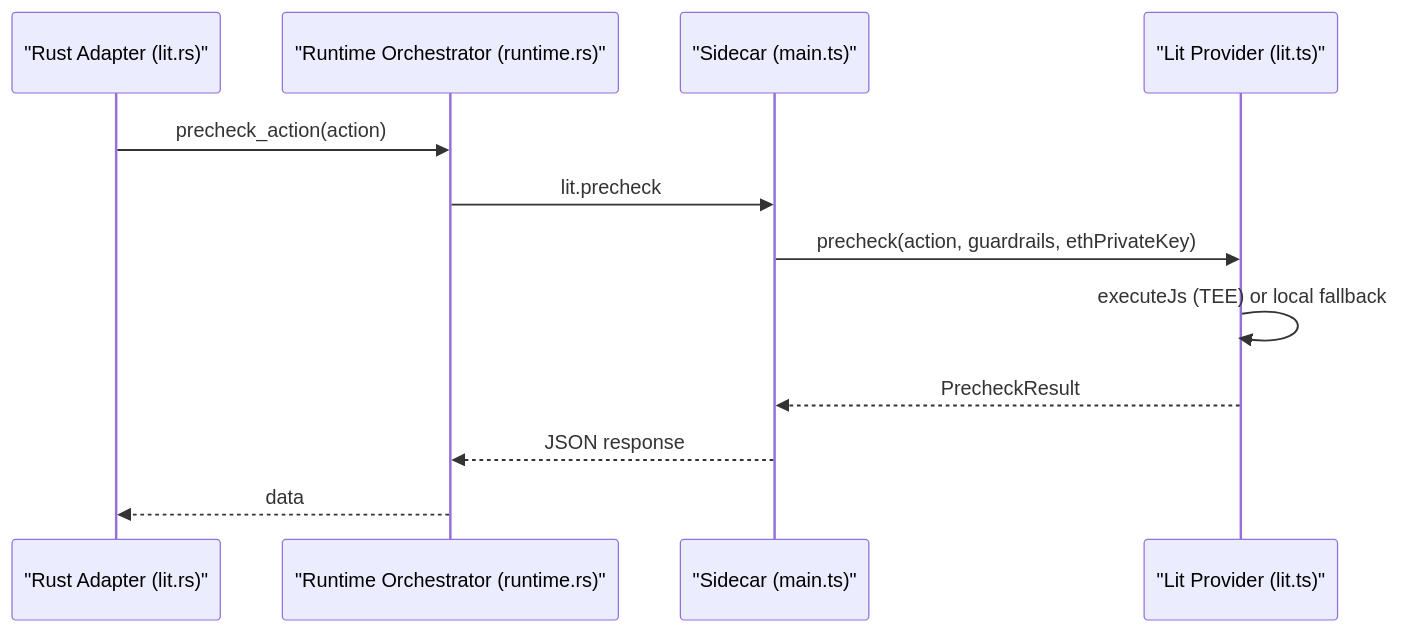
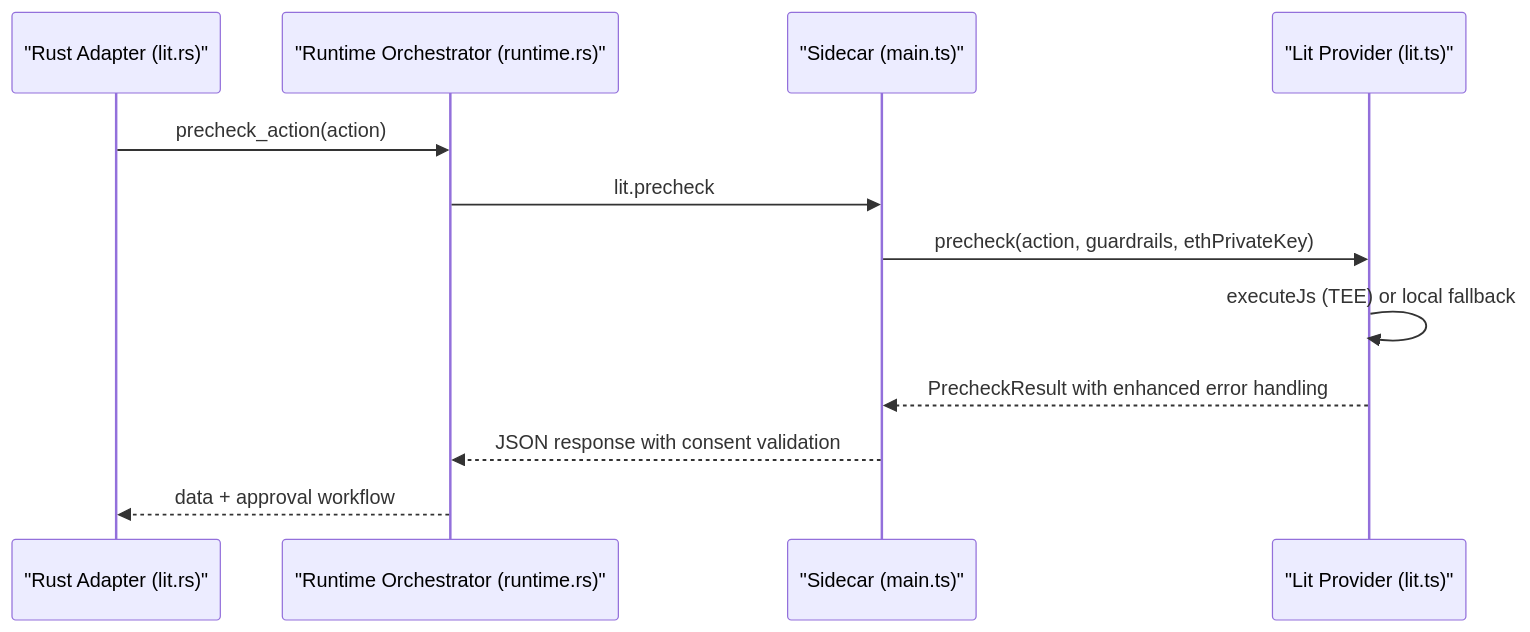
Before and after one commit to sanketnighot/shadow-protocol: the sixth of 10 diagrams in .qoder/repowiki/en/content/Applications & Extensions/Runtime Providers.md, drawn with Mermaid. The commit also changed other lines of this file and 9 other files, not shown here.

First line of the commit message:
feat: Enhance SHADOW Protocol with new Flow and AI services integration

````diff
--- a/.qoder/repowiki/en/content/Applications & Extensions/Runtime Providers.md
+++ b/.qoder/repowiki/en/content/Applications & Extensions/Runtime Providers.md
@@ -247,14 +300,14 @@
 ```mermaid
 sequenceDiagram
 participant RS as "Rust Adapter (lit.rs)"
 participant RT as "Runtime Orchestrator (runtime.rs)"
 participant TS as "Sidecar (main.ts)"
 participant LT as "Lit Provider (lit.ts)"
 RS->>RT : precheck_action(action)
 RT->>TS : lit.precheck
 TS->>LT : precheck(action, guardrails, ethPrivateKey)
 LT->>LT : executeJs (TEE) or local fallback
-LT-->>TS : PrecheckResult
-TS-->>RT : JSON response
-RT-->>RS : data
+LT-->>TS : PrecheckResult with enhanced error handling
+TS-->>RT : JSON response with consent validation
+RT-->>RS : data + approval workflow
 ```
````
